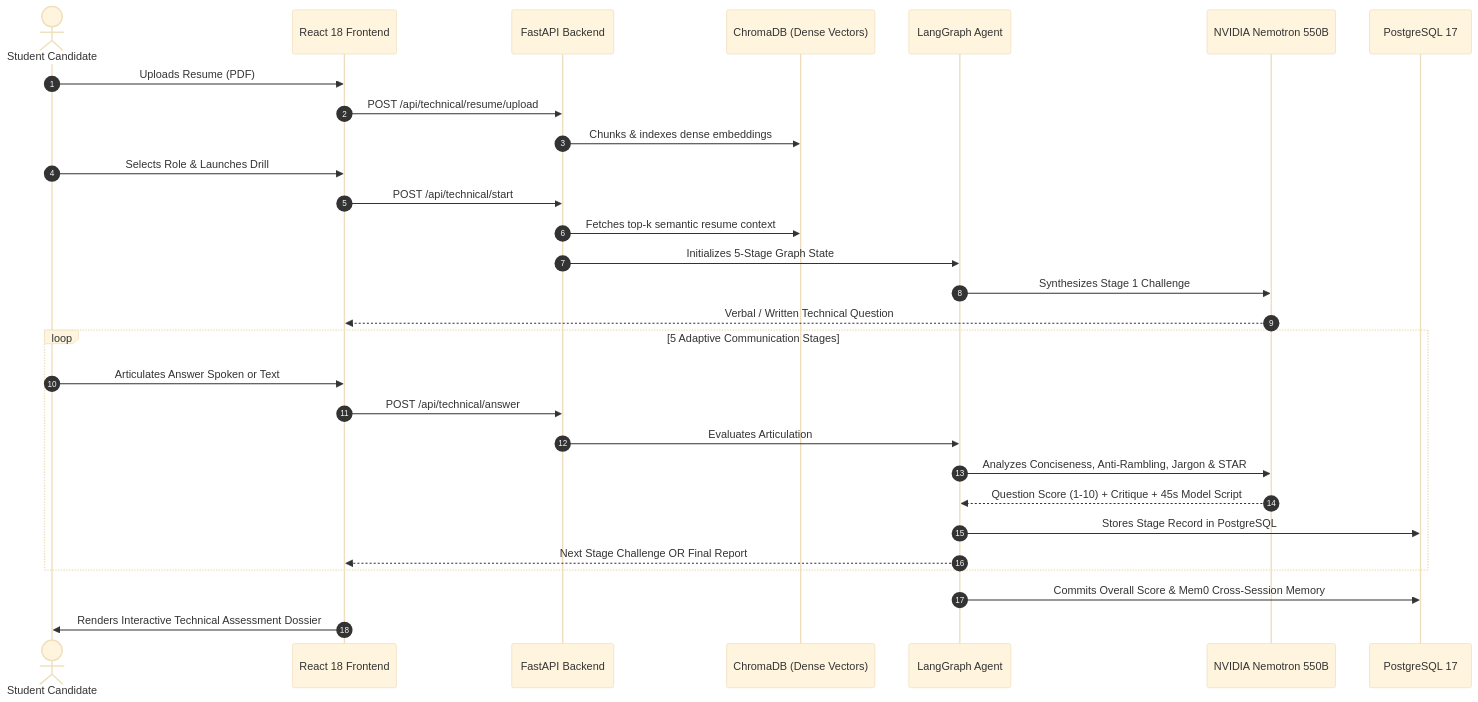
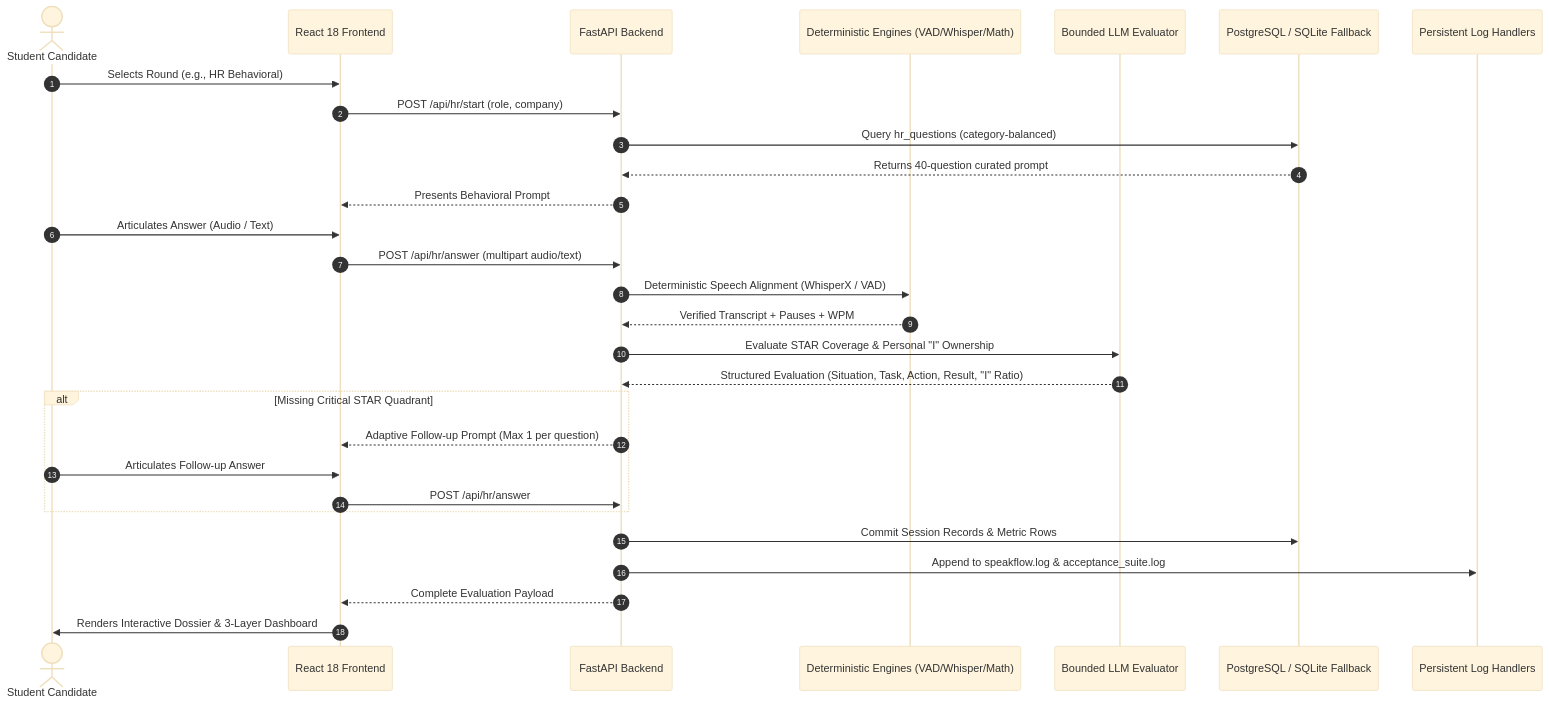
One commit to Sohailsadeed/campusrecruitment-communication-agent changed diagram 11 of 11 in Approach.md. Above: the diagram before and after it, drawn with Mermaid (base theme). The commit also changed other lines of this file, not shown here.

Commit message:
docs: enrich Approach.md with 4-round module details, failure analyses, and workflow diagrams

````diff
--- a/Approach.md
+++ b/Approach.md
@@ -207,34 +727,37 @@
 ```mermaid
 sequenceDiagram
     autonumber
-    actor S as Student Candidate
+    actor Candidate as Student Candidate
     participant UI as React 18 Frontend
     participant API as FastAPI Backend
-    participant RAG as ChromaDB (Dense Vectors)
-    participant LG as LangGraph Agent
-    participant LLM as NVIDIA Nemotron 550B
-    participant DB as PostgreSQL 17
+    participant Engine as Deterministic Engines (VAD/Whisper/Math)
+    participant LLM as Bounded LLM Evaluator
+    participant DB as PostgreSQL / SQLite Fallback
+    participant Log as Persistent Log Handlers
 
-    S->>UI: Uploads Resume (PDF)
-    UI->>API: POST /api/technical/resume/upload
-    API->>RAG: Chunks & indexes dense embeddings
-    S->>UI: Selects Role & Launches Drill
-    UI->>API: POST /api/technical/start
-    API->>RAG: Fetches top-k semantic resume context
-    API->>LG: Initializes 5-Stage Graph State
-    LG->>LLM: Synthesizes Stage 1 Challenge
-    LLM-->>UI: Verbal / Written Technical Question
+    Candidate->>UI: Selects Round (e.g., HR Behavioral)
+    UI->>API: POST /api/hr/start (role, company)
+    API->>DB: Query hr_questions (category-balanced)
+    DB-->>API: Returns 40-question curated prompt
+    API-->>UI: Presents Behavioral Prompt
 
-    loop 5 Adaptive Communication Stages
-        S->>UI: Articulates Answer Spoken or Text
-        UI->>API: POST /api/technical/answer
-        API->>LG: Evaluates Articulation
-        LG->>LLM: Analyzes Conciseness, Anti-Rambling, Jargon & STAR
-        LLM-->>LG: Question Score (1-10) + Critique + 45s Model Script
-        LG->>DB: Stores Stage Record in PostgreSQL
-        LG-->>UI: Next Stage Challenge OR Final Report
+    Candidate->>UI: Articulates Answer (Audio / Text)
+    UI->>API: POST /api/hr/answer (multipart audio/text)
+    
+    API->>Engine: Deterministic Speech Alignment (WhisperX / VAD)
+    Engine-->>API: Verified Transcript + Pauses + WPM
+
+    API->>LLM: Evaluate STAR Coverage & Personal "I" Ownership
+    LLM-->>API: Structured Evaluation (Situation, Task, Action, Result, "I" Ratio)
+
+    alt Missing Critical STAR Quadrant
+        API-->>UI: Adaptive Follow-up Prompt (Max 1 per question)
+        Candidate->>UI: Articulates Follow-up Answer
+        UI->>API: POST /api/hr/answer
     end
 
-    LG->>DB: Commits Overall Score & Mem0 Cross-Session Memory
-    UI->>S: Renders Interactive Technical Assessment Dossier
+    API->>DB: Commit Session Records & Metric Rows
+    API->>Log: Append to speakflow.log & acceptance_suite.log
+    API-->>UI: Complete Evaluation Payload
+    UI->>Candidate: Renders Interactive Dossier & 3-Layer Dashboard
 ```
````
